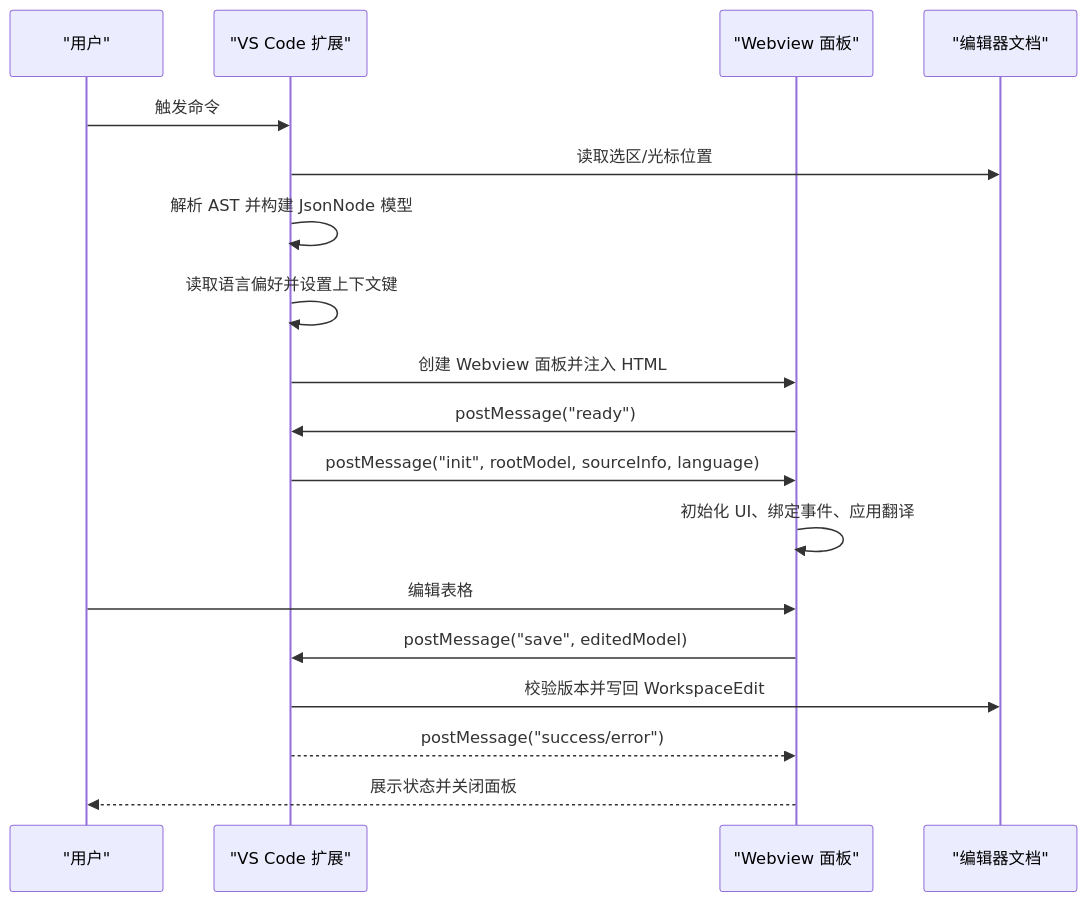
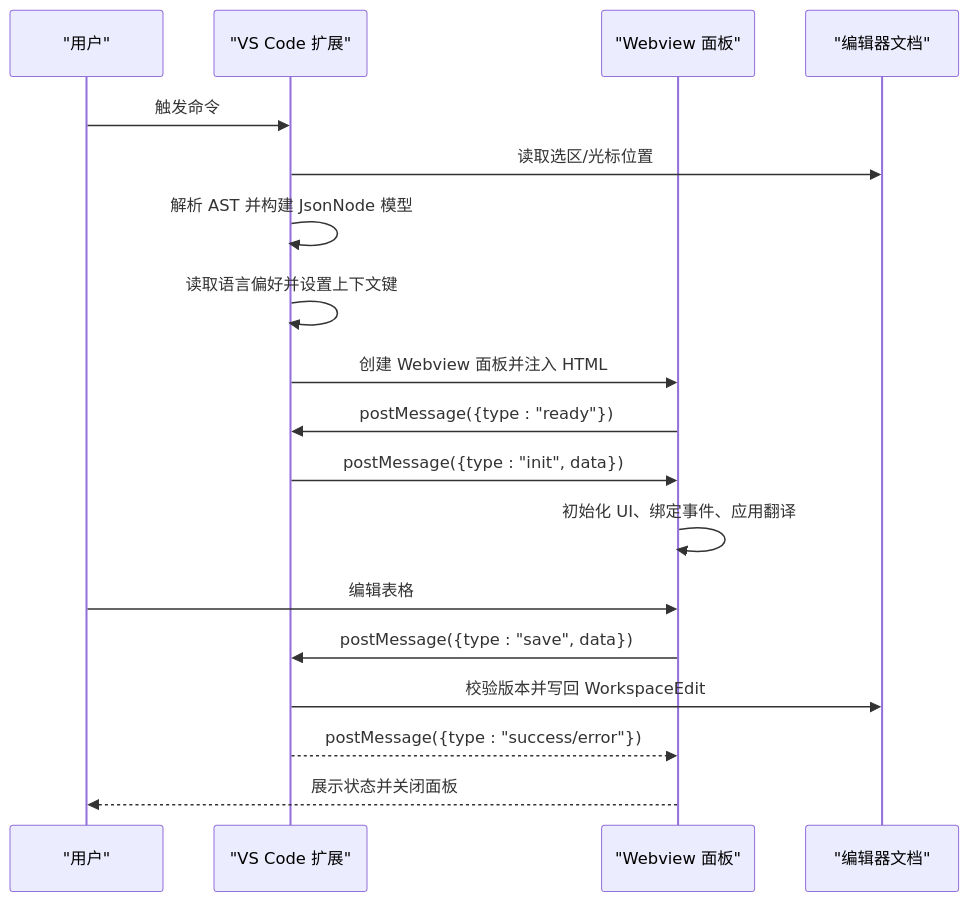
The second of 9 diagrams in .qoder/repowiki/zh/content/核心架构设计/Webview 集成架构.md (meiok1/wysjson), drawn with Mermaid before and after one commit. The commit also changed other lines of this file and 45 other files, not shown here.

````diff
--- a/.qoder/repowiki/zh/content/核心架构设计/Webview 集成架构.md
+++ b/.qoder/repowiki/zh/content/核心架构设计/Webview 集成架构.md
@@ -89,20 +113,20 @@
 ```mermaid
 sequenceDiagram
 participant User as "用户"
 participant VSCE as "VS Code 扩展"
 participant WV as "Webview 面板"
 participant Doc as "编辑器文档"
 User->>VSCE : 触发命令
 VSCE->>Doc : 读取选区/光标位置
 VSCE->>VSCE : 解析 AST 并构建 JsonNode 模型
 VSCE->>VSCE : 读取语言偏好并设置上下文键
 VSCE->>WV : 创建 Webview 面板并注入 HTML
-WV->>VSCE : postMessage("ready")
-VSCE->>WV : postMessage("init", rootModel, sourceInfo, language)
+WV->>VSCE : postMessage({type : "ready"})
+VSCE->>WV : postMessage({type : "init", data})
 WV->>WV : 初始化 UI、绑定事件、应用翻译
 User->>WV : 编辑表格
-WV->>VSCE : postMessage("save", editedModel)
+WV->>VSCE : postMessage({type : "save", data})
 VSCE->>Doc : 校验版本并写回 WorkspaceEdit
-VSCE-->>WV : postMessage("success/error")
+VSCE-->>WV : postMessage({type : "success/error"})
 WV-->>User : 展示状态并关闭面板
 ```
````
